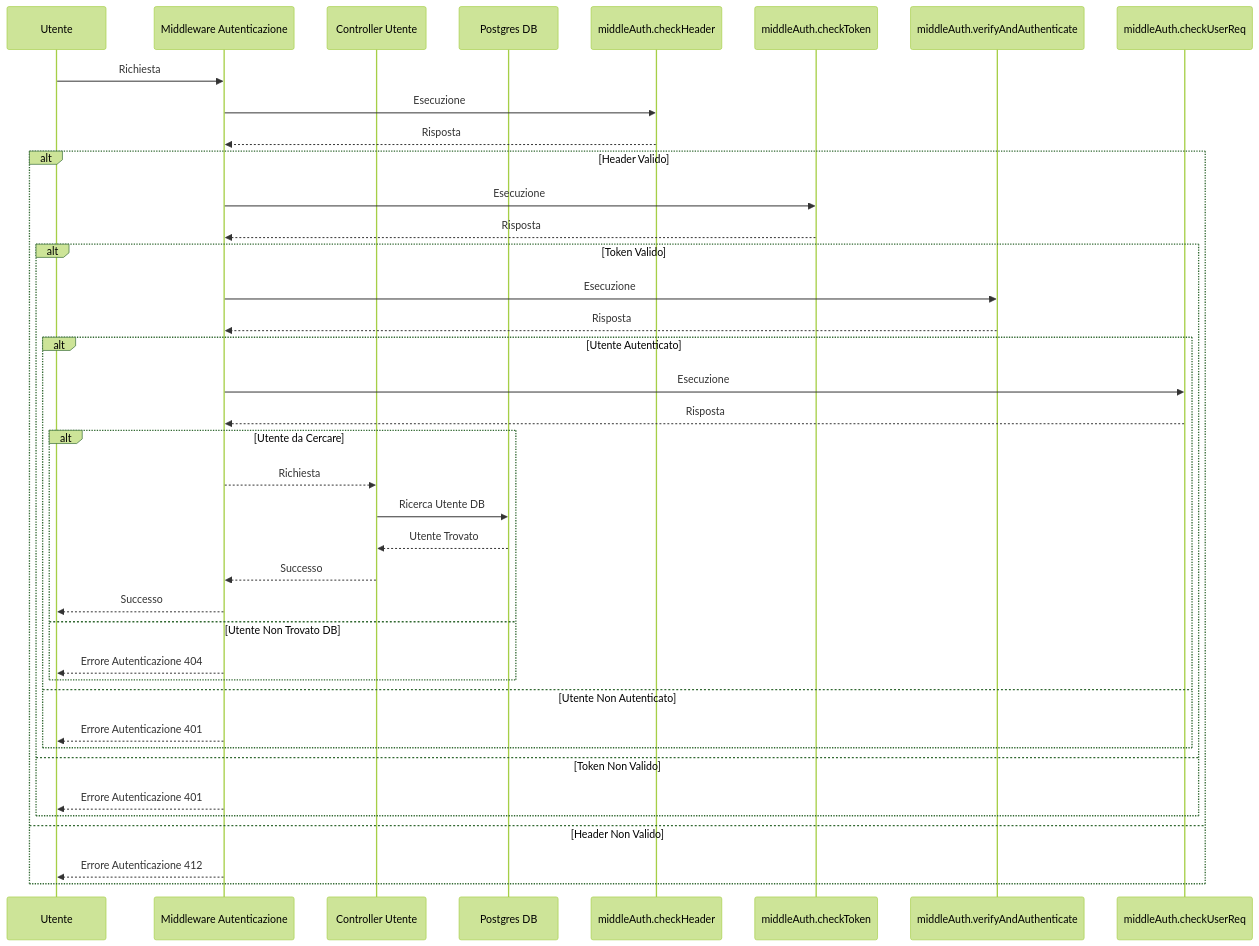
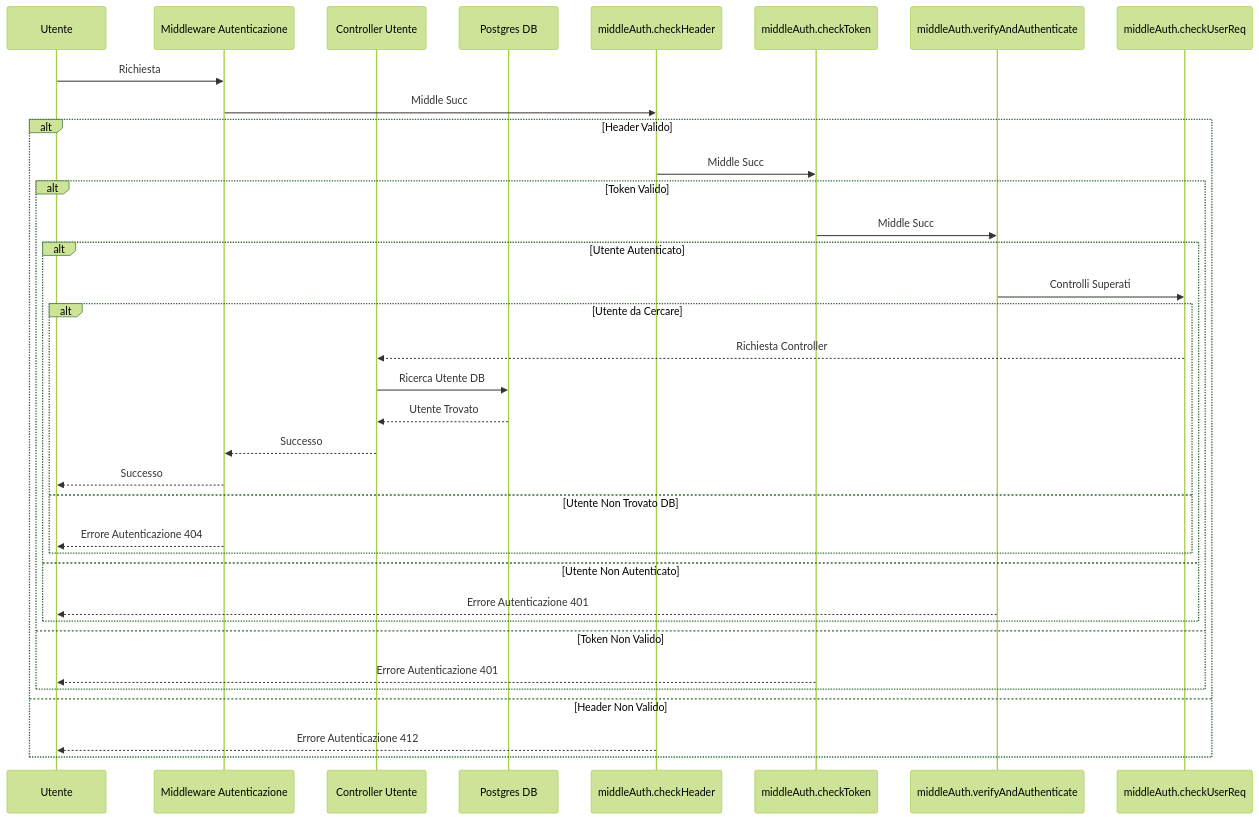
The first of 2 diagrams in README.md (alexpaulofficial/progettoProgAvanzata), drawn with Mermaid (forest theme) before and after one commit. The commit also changed other lines of this file, not shown here.

````diff
--- a/README.md
+++ b/README.md
@@ -60,41 +62,37 @@
 ```mermaid
 sequenceDiagram
     participant Utente
     participant middleAuth as Middleware Autenticazione
     participant controllerUser as Controller Utente
     participant dbFindOne as Postgres DB
 
     Utente ->> middleAuth : Richiesta
-    middleAuth ->> middleAuth.checkHeader : Esecuzione
-    middleAuth.checkHeader -->> middleAuth : Risposta
+    middleAuth ->> middleAuth.checkHeader : Middle Succ
 
     alt Header Valido
-        middleAuth ->> middleAuth.checkToken : Esecuzione
-        middleAuth.checkToken -->> middleAuth : Risposta
+        middleAuth.checkHeader ->> middleAuth.checkToken : Middle Succ
 
         alt Token Valido
-            middleAuth ->> middleAuth.verifyAndAuthenticate : Esecuzione
-            middleAuth.verifyAndAuthenticate -->> middleAuth : Risposta
+            middleAuth.checkToken ->> middleAuth.verifyAndAuthenticate : Middle Succ
 
             alt Utente Autenticato
-                middleAuth ->> middleAuth.checkUserReq : Esecuzione
-                middleAuth.checkUserReq -->> middleAuth : Risposta
+                middleAuth.verifyAndAuthenticate ->> middleAuth.checkUserReq : Controlli Superati
                 alt Utente da Cercare
-                    middleAuth -->> controllerUser : Richiesta
+                    middleAuth.checkUserReq -->> controllerUser : Richiesta Controller
                     controllerUser ->> dbFindOne : Ricerca Utente DB
                     dbFindOne -->> controllerUser : Utente Trovato
                     controllerUser -->> middleAuth : Successo
                     middleAuth -->> Utente : Successo
                  else Utente Non Trovato DB
                       middleAuth -->> Utente : Errore Autenticazione 404  
                     end
             else Utente Non Autenticato
-                middleAuth -->> Utente : Errore Autenticazione 401
+                middleAuth.verifyAndAuthenticate -->> Utente : Errore Autenticazione 401
             end
         else Token Non Valido
-            middleAuth -->> Utente : Errore Autenticazione 401
+            middleAuth.checkToken -->> Utente : Errore Autenticazione 401
         end
     else Header Non Valido
-        middleAuth -->> Utente : Errore Autenticazione 412
+        middleAuth.checkHeader -->> Utente : Errore Autenticazione 412
     end
 ```
````
